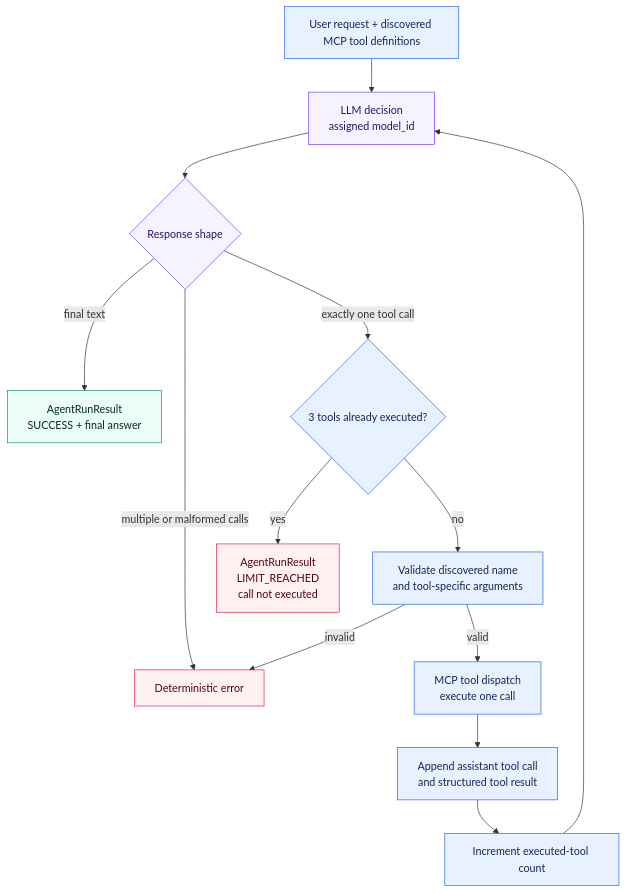
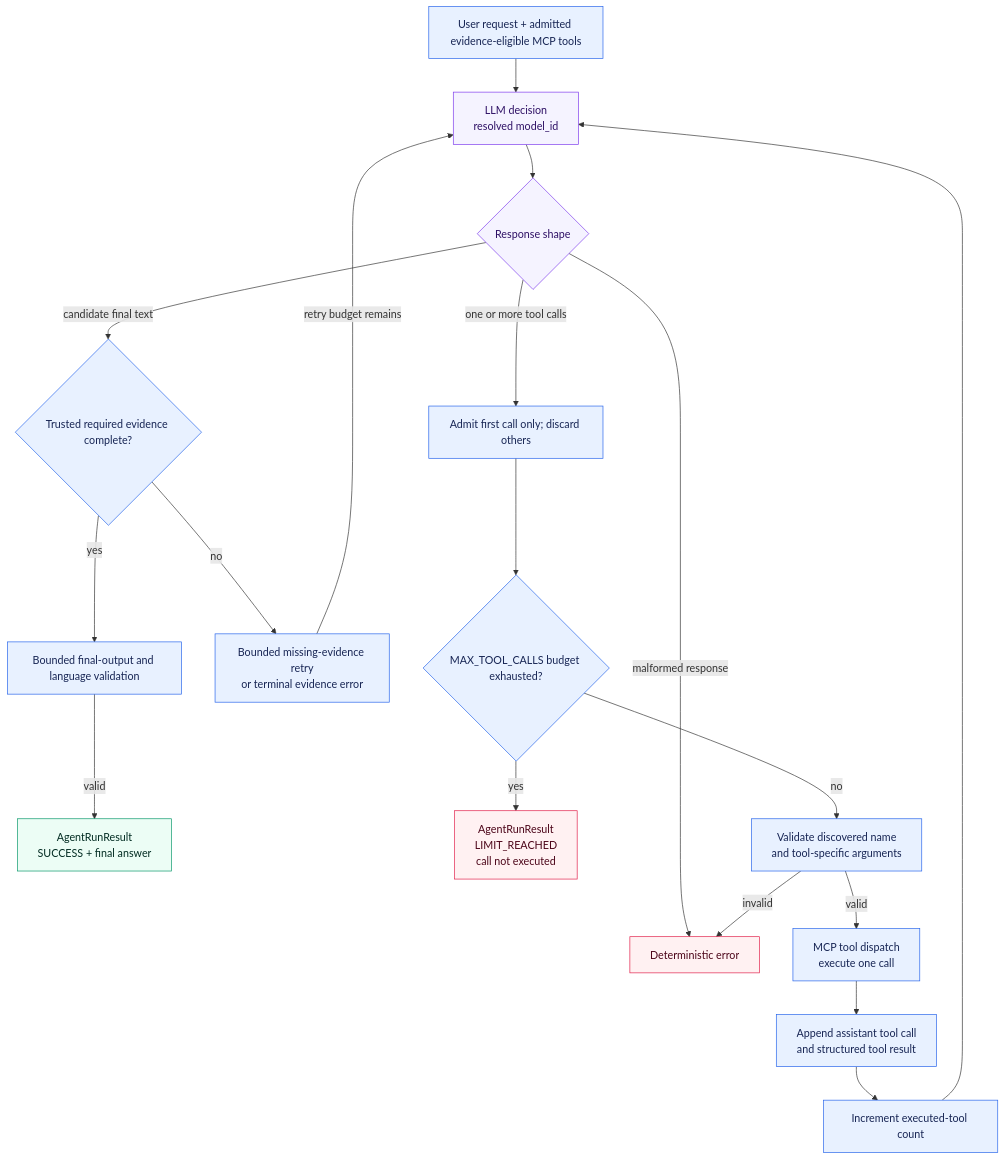
Diagram 11 of 22 in docs/architecture/overview.md (aboerzel/industrial-ai-agent), drawn with Mermaid before and after one commit. The commit also changed other lines of this file and 24 other files, not shown here.

First line of the commit message:
docs(architecture): reconcile current contracts and implementation

````diff
--- a/docs/architecture/overview.md
+++ b/docs/architecture/overview.md
@@ -836,24 +873,29 @@
 ```mermaid
 flowchart TD
-    Start["User request + discovered MCP tool definitions"] --> Decide["LLM decision<br/>assigned model_id"]
+    Start["User request + admitted evidence-eligible MCP tools"] --> Decide["LLM decision<br/>resolved model_id"]
     Decide --> Shape{"Response shape"}
-    Shape -->|"final text"| Success["AgentRunResult<br/>SUCCESS + final answer"]
-    Shape -->|"multiple or malformed calls"| Invalid["Deterministic error"]
-    Shape -->|"exactly one tool call"| Budget{"3 tools already executed?"}
+    Shape -->|"candidate final text"| Complete{"Trusted required evidence complete?"}
+    Complete -->|"yes"| Normalize["Bounded final-output and language validation"]
+    Normalize -->|"valid"| Success["AgentRunResult<br/>SUCCESS + final answer"]
+    Complete -->|"no"| Missing["Bounded missing-evidence retry<br/>or terminal evidence error"]
+    Missing -->|"retry budget remains"| Decide
+    Shape -->|"malformed response"| Invalid["Deterministic error"]
+    Shape -->|"one or more tool calls"| Admit["Admit first call only; discard others"]
+    Admit --> Budget{"MAX_TOOL_CALLS budget exhausted?"}
     Budget -->|"yes"| Limit["AgentRunResult<br/>LIMIT_REACHED<br/>call not executed"]
     Budget -->|"no"| Validate["Validate discovered name<br/>and tool-specific arguments"]
     Validate -->|"invalid"| Invalid
     Validate -->|"valid"| Dispatch["MCP tool dispatch<br/>execute one call"]
     Dispatch --> Observe["Append assistant tool call<br/>and structured tool result"]
     Observe --> Count["Increment executed-tool count"]
     Count --> Decide
 
     classDef llm fill:#f5f3ff,stroke:#7c3aed,color:#2e1065
     classDef deterministic fill:#e8f1ff,stroke:#2563eb,color:#172554
     classDef success fill:#ecfdf5,stroke:#059669,color:#022c22
     classDef failure fill:#fff1f2,stroke:#e11d48,color:#4c0519
     class Decide,Shape llm
-    class Start,Budget,Validate,Dispatch,Observe,Count deterministic
+    class Start,Admit,Budget,Validate,Dispatch,Observe,Count,Complete,Normalize,Missing deterministic
     class Success success
     class Invalid,Limit failure
 ```
````
